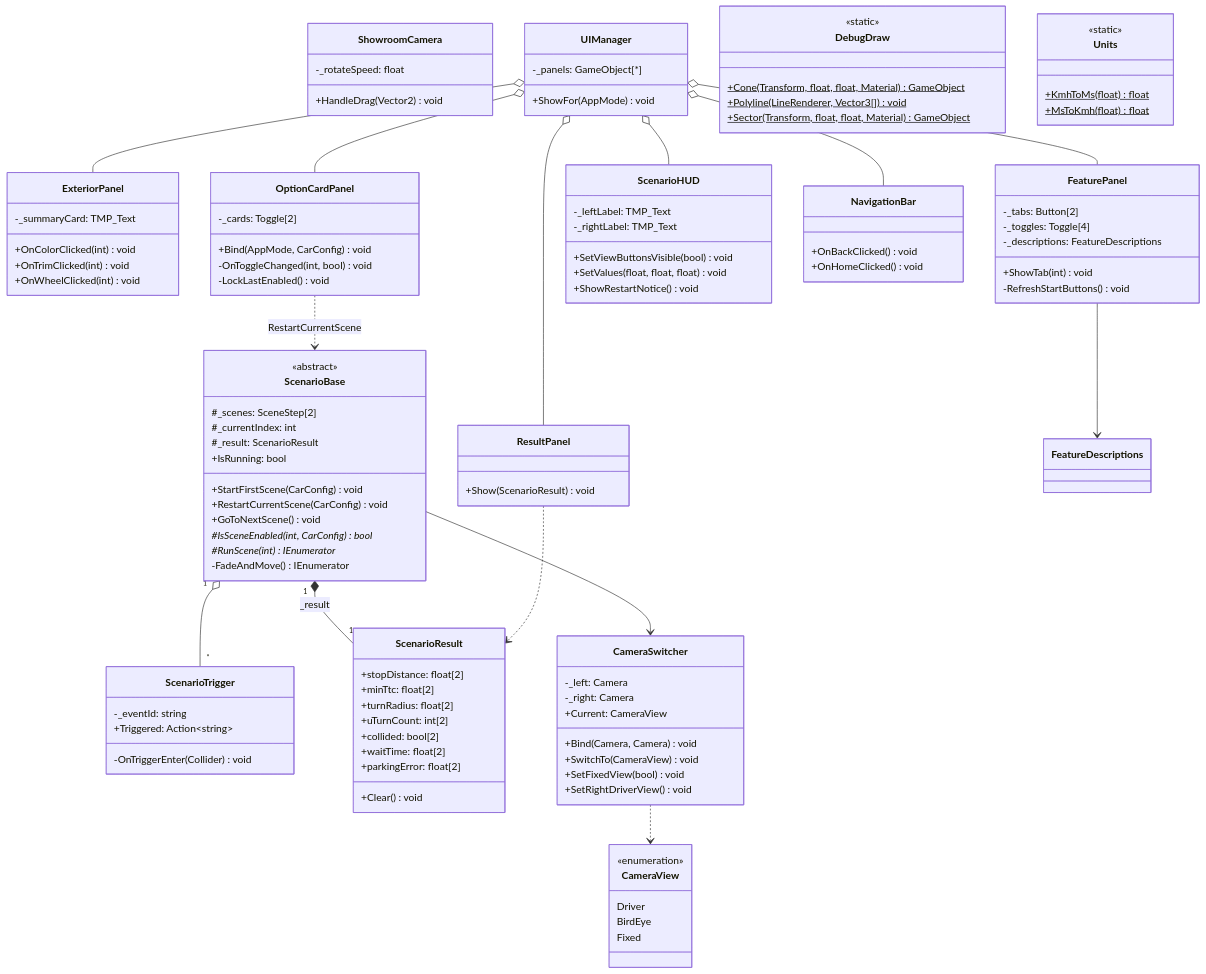
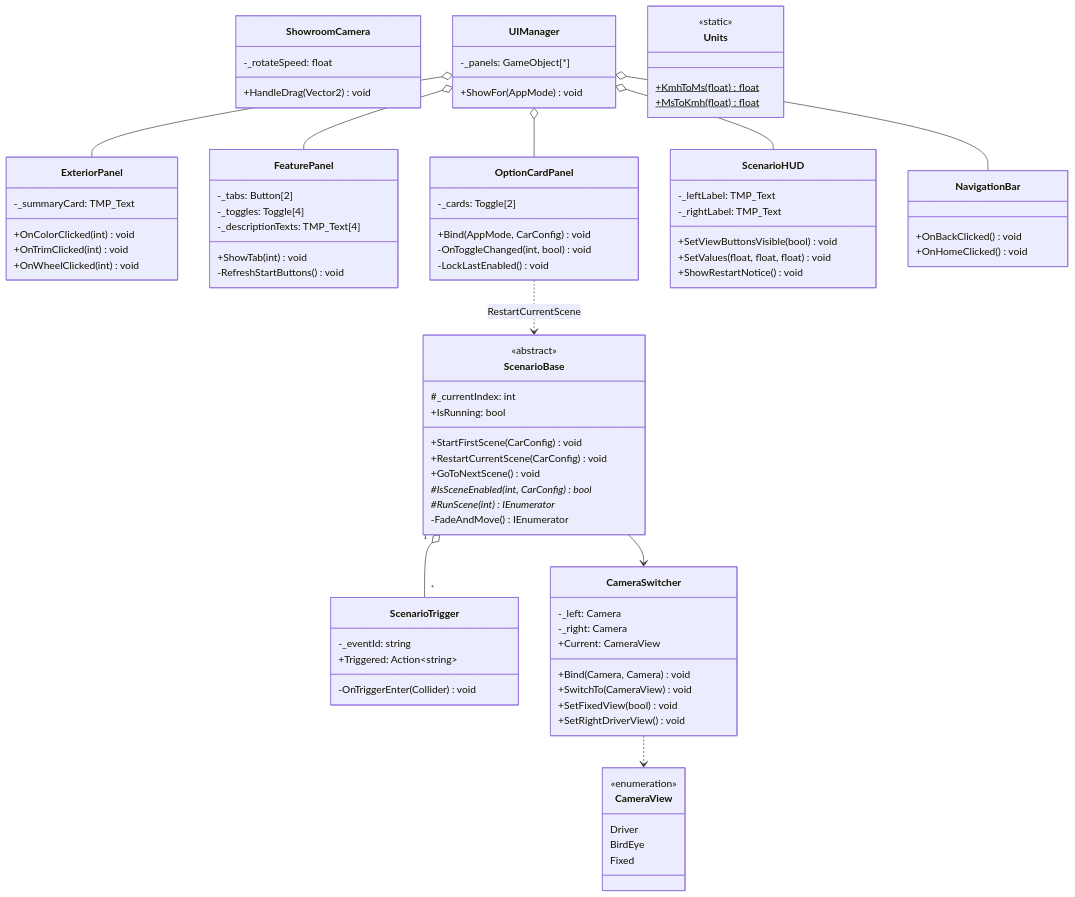
One commit to cuhote/YEYU_CarConfigurator_UnityProject changed the second of 4 diagrams in docs/CLASS_DESIGN.md. Above: the diagram before and after it, drawn with Mermaid. The commit also changed other lines of this file and 2 other files, not shown here.

````diff
--- a/docs/CLASS_DESIGN.md
+++ b/docs/CLASS_DESIGN.md
@@ -140,9 +159,7 @@
   direction TB
   class ScenarioBase {
     <<abstract>>
-    #_scenes: SceneStep[2]
     #_currentIndex: int
-    #_result: ScenarioResult
     +IsRunning: bool
     +StartFirstScene(CarConfig) void
     +RestartCurrentScene(CarConfig) void
@@ -155,16 +172,6 @@
     -_eventId: string
     +Triggered: Action~string~
     -OnTriggerEnter(Collider) void
-  }
-  class ScenarioResult {
-    +stopDistance: float[2]
-    +minTtc: float[2]
-    +turnRadius: float[2]
-    +uTurnCount: int[2]
-    +collided: bool[2]
-    +waitTime: float[2]
-    +parkingError: float[2]
-    +Clear() void
   }
   class CameraSwitcher {
     -_left: Camera
@@ -198,7 +205,7 @@
   class FeaturePanel {
     -_tabs: Button[2]
     -_toggles: Toggle[4]
-    -_descriptions: FeatureDescriptions
+    -_descriptionTexts: TMP_Text[4]
     +ShowTab(int) void
     -RefreshStartButtons() void
   }
@@ -219,31 +226,18 @@
     +OnBackClicked() void
     +OnHomeClicked() void
   }
-  class ResultPanel {
-    +Show(ScenarioResult) void
-  }
-  class DebugDraw {
-    <<static>>
-    +Cone(Transform, float, float, Material) GameObject$
-    +Polyline(LineRenderer, Vector3[]) void$
-    +Sector(Transform, float, float, Material) GameObject$
-  }
   class Units {
     <<static>>
     +KmhToMs(float) float$
     +MsToKmh(float) float$
   }
-  ScenarioBase "1" *-- "1" ScenarioResult : _result
   ScenarioBase "1" o-- "*" ScenarioTrigger
   ScenarioBase --> CameraSwitcher
   CameraSwitcher ..> CameraView
   OptionCardPanel ..> ScenarioBase : RestartCurrentScene
-  FeaturePanel --> FeatureDescriptions
-  ResultPanel ..> ScenarioResult
   UIManager o-- ExteriorPanel
   UIManager o-- FeaturePanel
   UIManager o-- ScenarioHUD
   UIManager o-- OptionCardPanel
   UIManager o-- NavigationBar
-  UIManager o-- ResultPanel
 ```
````
